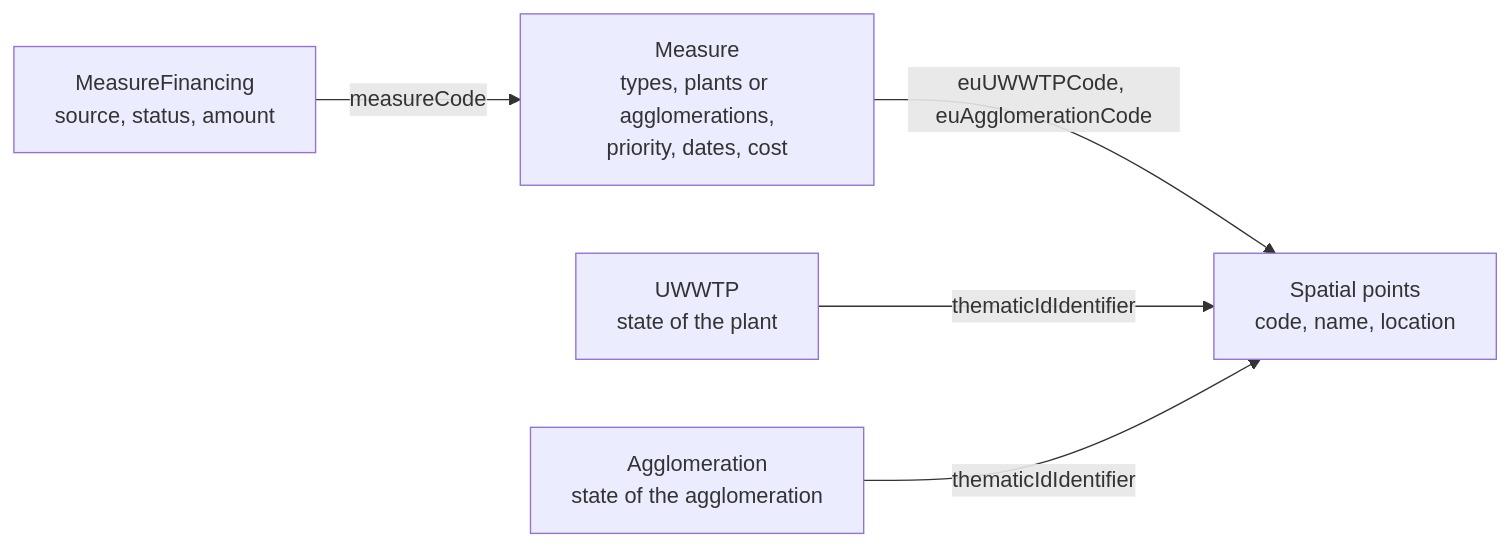
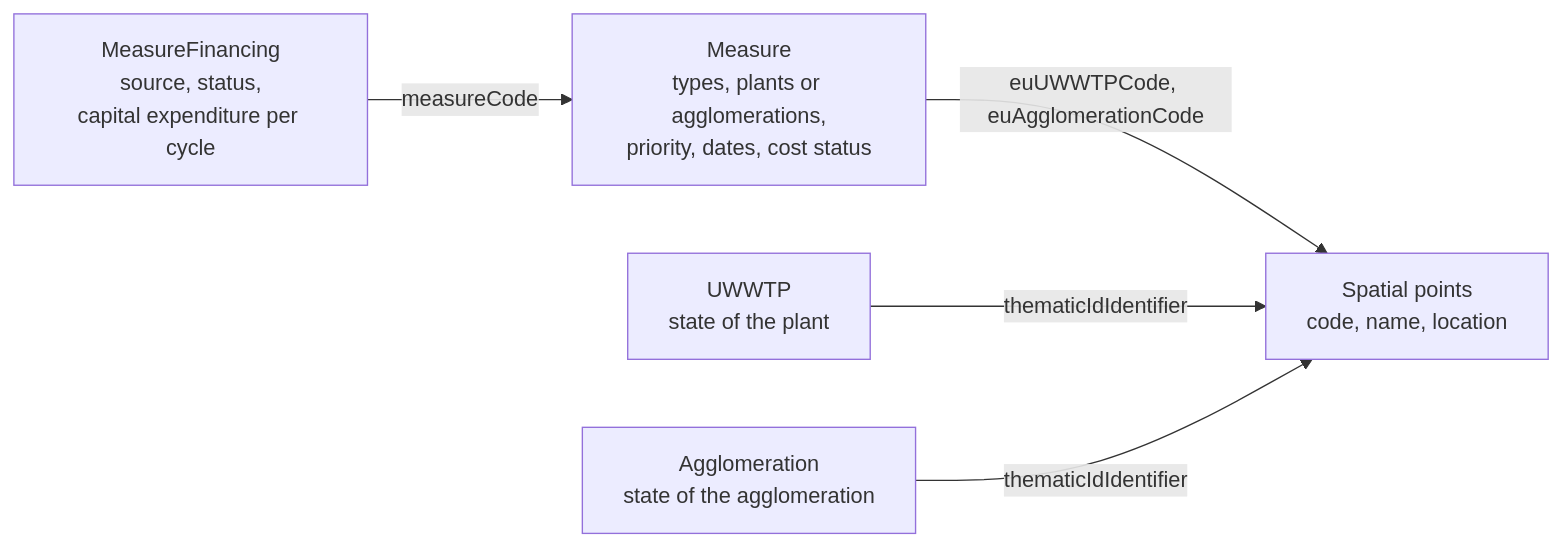
One commit to eeadata/WISE.UWWTD.Documentation changed the diagram in docs/rUWWTD2024/Article23/ReportingInvestments.md. Above: the diagram before and after it, drawn with Mermaid. The commit also changed other lines of this file and 17 other files, not shown here.

First line of the commit message:
Report capital expenditure per source of financing, as in the WFD

````diff
--- a/docs/rUWWTD2024/Article23/ReportingInvestments.md
+++ b/docs/rUWWTD2024/Article23/ReportingInvestments.md
@@ -27,12 +27,12 @@
 ```{mermaid}
 flowchart LR
-  Measure["Measure<br/>types, plants or agglomerations,<br/>priority, dates, cost"]
-  MeasureFinancing["MeasureFinancing<br/>source, status, amount"]
+  Measure["Measure<br/>types, plants or agglomerations,<br/>priority, dates, cost status"]
+  MeasureFinancing["MeasureFinancing<br/>source, status,<br/>capital expenditure per cycle"]
   UWWTP["UWWTP<br/>state of the plant"]
   Agglomeration["Agglomeration<br/>state of the agglomeration"]
   Spatial["Spatial points<br/>code, name, location"]
   MeasureFinancing -- "measureCode" --> Measure
   Measure -- "euUWWTPCode, euAgglomerationCode" --> Spatial
   UWWTP -- "thematicIdIdentifier" --> Spatial
   Agglomeration -- "thematicIdIdentifier" --> Spatial
 ```
````
